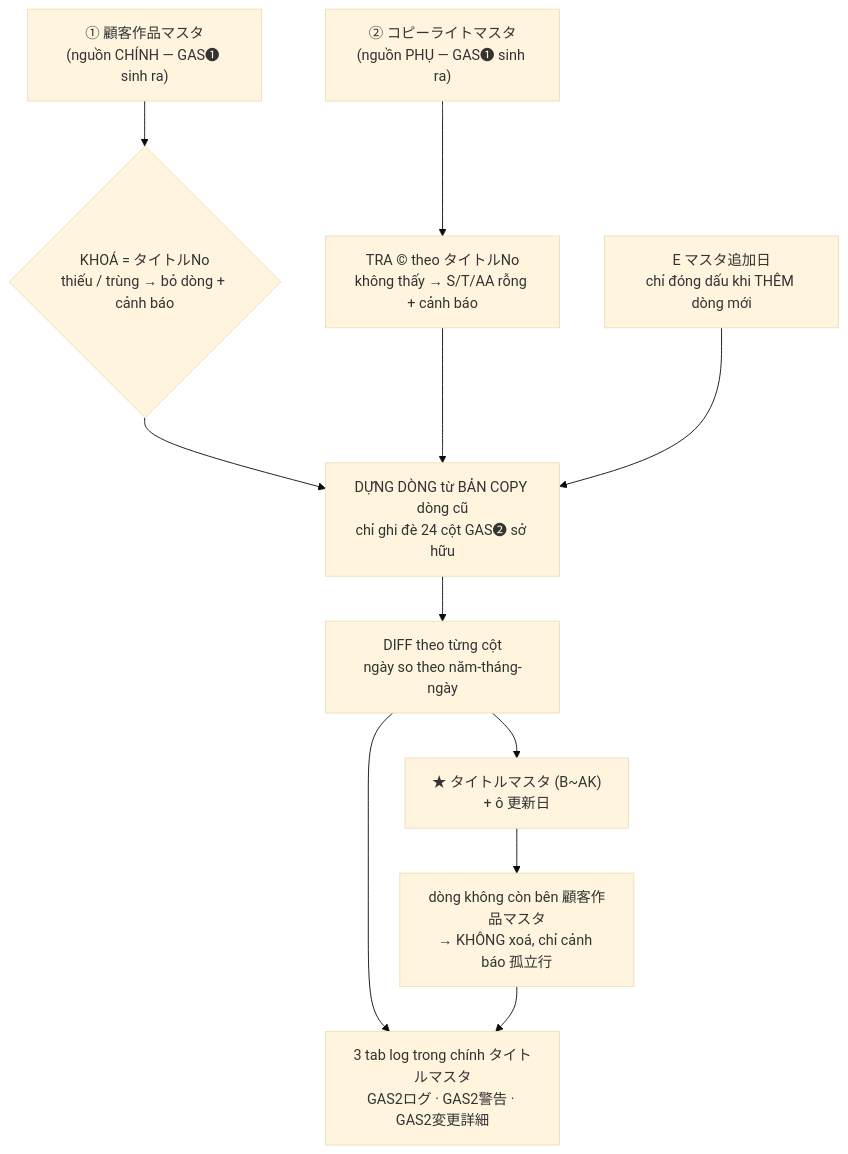
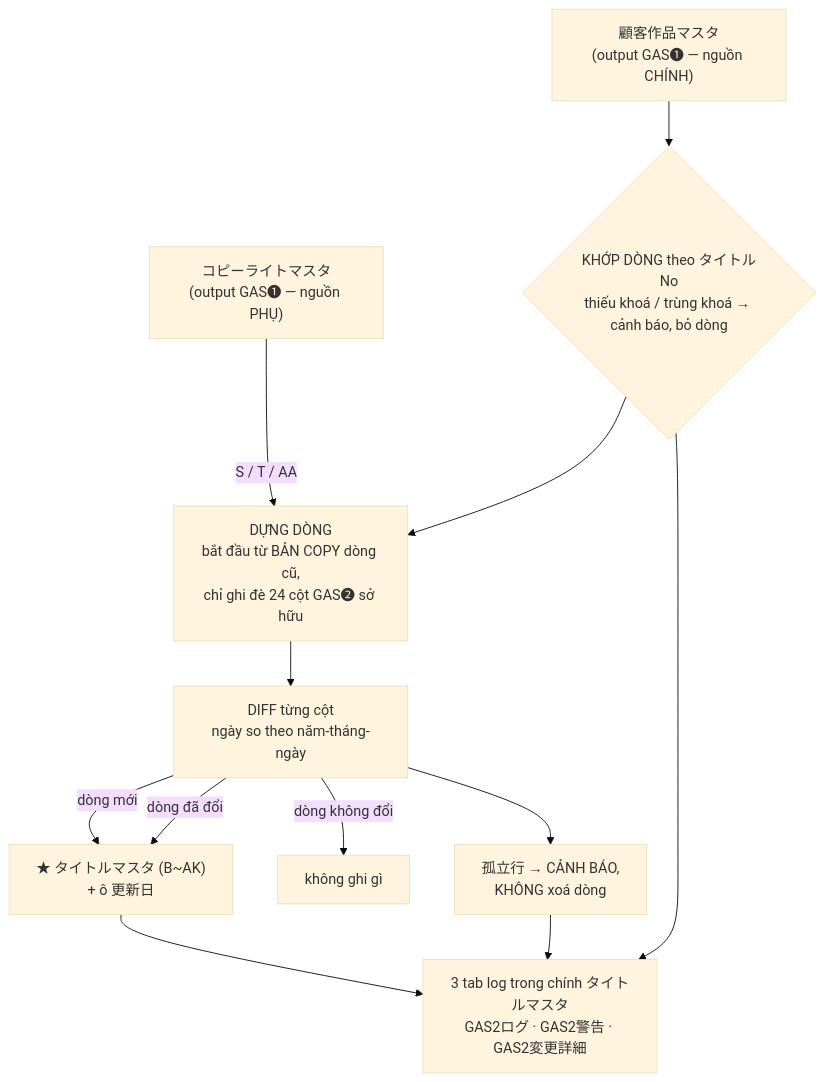
One commit to long-npl/ntt-solmare changed the diagram in docs/gas2-so-do-don-gian.md. Above: the diagram before and after it, drawn with Mermaid (base theme). The commit also changed other lines of this file and 1 other file, not shown here.

````diff
--- a/docs/gas2-so-do-don-gian.md
+++ b/docs/gas2-so-do-don-gian.md
@@ -15,23 +17,23 @@
 ```mermaid
 flowchart TD
-    CUS["① 顧客作品マスタ<br/>(nguồn CHÍNH — GAS❶ sinh ra)"]
-    CPY["② コピーライトマスタ<br/>(nguồn PHỤ — GAS❶ sinh ra)"]
+    CUST["顧客作品マスタ<br/>(output GAS❶ — nguồn CHÍNH)"]
+    COPY["コピーライトマスタ<br/>(output GAS❶ — nguồn PHỤ)"]
 
-    KEY{"KHOÁ = タイトルNo<br/>thiếu / trùng → bỏ dòng + cảnh báo"}
-    LOOK["TRA © theo タイトルNo<br/>không thấy → S/T/AA rỗng + cảnh báo"]
-    BUILD["DỰNG DÒNG từ BẢN COPY dòng cũ<br/>chỉ ghi đè 24 cột GAS❷ sở hữu"]
-    STAMP["E マスタ追加日<br/>chỉ đóng dấu khi THÊM dòng mới"]
-    DIFF["DIFF theo từng cột<br/>ngày so theo năm-tháng-ngày"]
+    KEY{"KHỚP DÒNG theo タイトルNo<br/>thiếu khoá / trùng khoá → cảnh báo, bỏ dòng"}
+    BUILD["DỰNG DÒNG<br/>bắt đầu từ BẢN COPY dòng cũ,<br/>chỉ ghi đè 24 cột GAS❷ sở hữu"]
+    DIFF["DIFF từng cột<br/>ngày so theo năm-tháng-ngày"]
 
     TM["★ タイトルマスタ (B~AK)<br/>+ ô 更新日"]
-    ORPH["dòng không còn bên 顧客作品マスタ<br/>→ KHÔNG xoá, chỉ cảnh báo 孤立行"]
     LOG["3 tab log trong chính タイトルマスタ<br/>GAS2ログ · GAS2警告 · GAS2変更詳細"]
+    ORPHAN["孤立行 → CẢNH BÁO,<br/>KHÔNG xoá dòng"]
 
-    CUS --> KEY --> BUILD
-    CPY --> LOOK --> BUILD
-    STAMP --> BUILD
-    BUILD --> DIFF --> TM
-    TM --> ORPH
-    DIFF --> LOG
-    ORPH --> LOG
+    CUST --> KEY
+    COPY -->|"S / T / AA"| BUILD
+    KEY --> BUILD --> DIFF
+    DIFF -->|"dòng mới"| TM
+    DIFF -->|"dòng đã đổi"| TM
+    DIFF -->|"dòng không đổi"| SKIP["không ghi gì"]
+    TM --> LOG
+    KEY --> LOG
+    DIFF --> ORPHAN --> LOG
 ```
````
